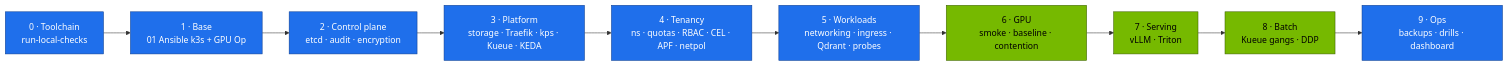
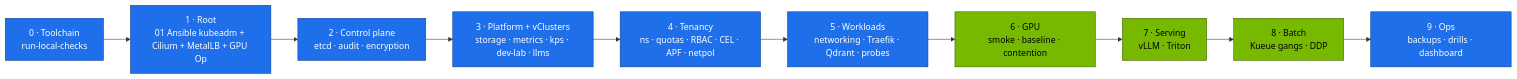
Before and after one commit to cloudone365/technical-depth: the second of 3 diagrams in 02 Kubernetes/15-dgx-spark-datacenter-simulation-lab.md, drawn with Mermaid. The commit also changed other lines of this file and 5 other files, not shown here.

````diff
--- a/02 Kubernetes/15-dgx-spark-datacenter-simulation-lab.md
+++ b/02 Kubernetes/15-dgx-spark-datacenter-simulation-lab.md
@@ -142,16 +156,16 @@
 ```mermaid
 flowchart LR
-  G0["0 · Toolchain<br/>run-local-checks"] --> G1["1 · Base<br/>01 Ansible k3s + GPU Op"]
+  G0["0 · Toolchain<br/>run-local-checks"] --> G1["1 · Root<br/>01 Ansible kubeadm + Cilium + MetalLB + GPU Op"]
   G1 --> G2["2 · Control plane<br/>etcd · audit · encryption"]
-  G2 --> G3["3 · Platform<br/>storage · Traefik · kps · Kueue · KEDA"]
+  G2 --> G3["3 · Platform + vClusters<br/>storage · metrics · kps · dev-lab · llms"]
   G3 --> G4["4 · Tenancy<br/>ns · quotas · RBAC · CEL · APF · netpol"]
-  G4 --> G5["5 · Workloads<br/>networking · ingress · Qdrant · probes"]
+  G4 --> G5["5 · Workloads<br/>networking · Traefik · Qdrant · probes"]
   G5 --> G6["6 · GPU<br/>smoke · baseline · contention"]
   G6 --> G7["7 · Serving<br/>vLLM · Triton"]
   G7 --> G8["8 · Batch<br/>Kueue gangs · DDP"]
   G8 --> G9["9 · Ops<br/>backups · drills · dashboard"]
   classDef ctrl fill:#1f6feb,stroke:#0b3d91,color:#fff
   classDef gpu fill:#76b900,stroke:#3d6000,color:#000
   class G0,G1,G2,G3,G4,G5,G9 ctrl
   class G6,G7,G8 gpu
 ```
````
